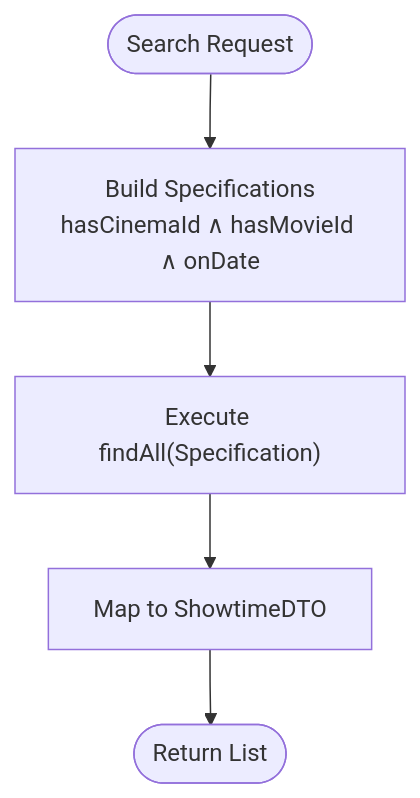
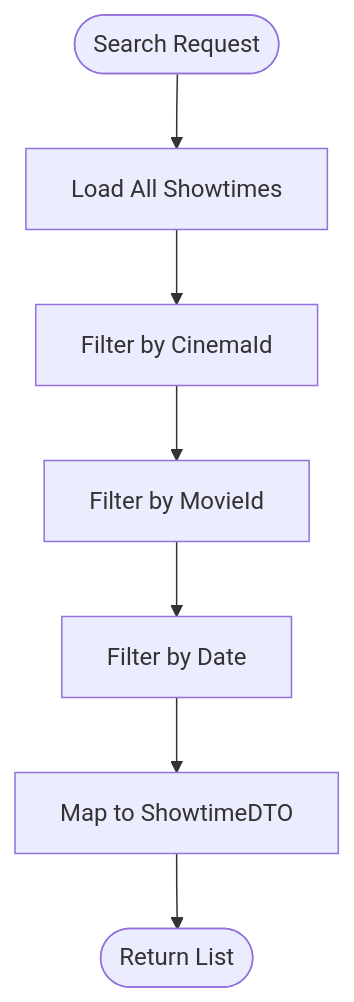
The fifth of 8 diagrams in .qoder/repowiki/en/content/Backend Development/Service Layer Implementation/Core Business Services/Showtime Service.md (anhtudayne/Design_Pattern), drawn with Mermaid before and after one commit. The commit also changed other lines of this file and 10 other files, not shown here.

````diff
--- a/.qoder/repowiki/en/content/Backend Development/Service Layer Implementation/Core Business Services/Showtime Service.md
+++ b/.qoder/repowiki/en/content/Backend Development/Service Layer Implementation/Core Business Services/Showtime Service.md
@@ -272,7 +278,9 @@
 ```mermaid
 flowchart TD
-Start(["Search Request"]) --> BuildSpec["Build Specifications<br/>hasCinemaId ∧ hasMovieId ∧ onDate"]
-BuildSpec --> Exec["Execute findAll(Specification)"]
-Exec --> Map["Map to ShowtimeDTO"]
+Start(["Search Request"]) --> Load["Load All Showtimes"]
+Load --> Filter1["Filter by CinemaId"]
+Filter1 --> Filter2["Filter by MovieId"]
+Filter2 --> Filter3["Filter by Date"]
+Filter3 --> Map["Map to ShowtimeDTO"]
 Map --> Return(["Return List"])
 ```
````
